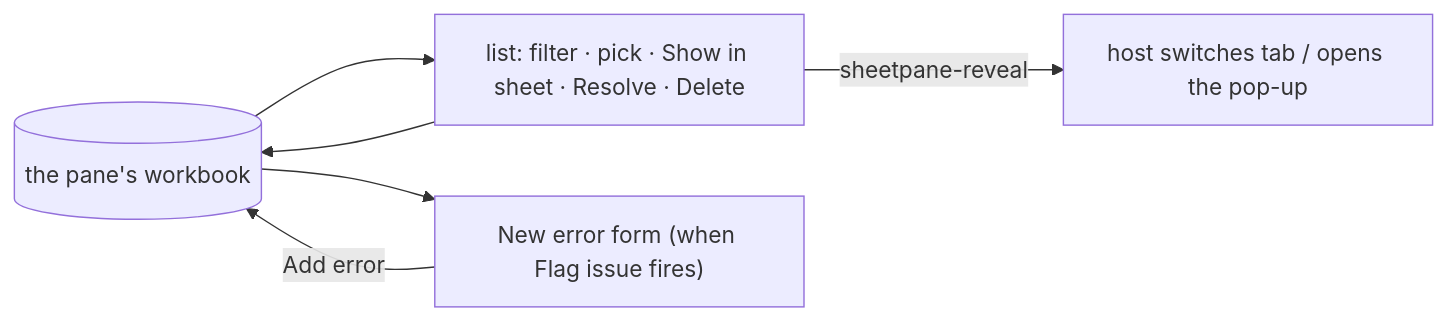
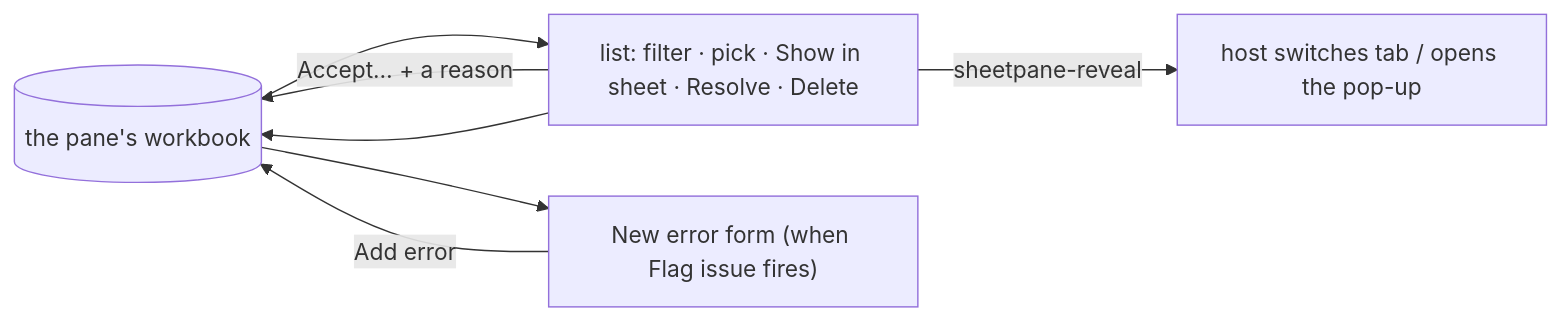
Before and after one commit to arpitarya/sheetpane: the diagram in records/0106_ERRORS.md, drawn with Mermaid. The commit also changed other lines of this file and 34 other files, not shown here.

````diff
--- a/records/0106_ERRORS.md
+++ b/records/0106_ERRORS.md
@@ -30,8 +34,9 @@
 ```mermaid
 flowchart LR
     S[("the pane's workbook")] --> L["list: filter · pick · Show in sheet · Resolve · Delete"]
     S --> F["New error form (when Flag issue fires)"]
+    L -->|"Accept… + a reason"| S
     L --> S
     F -->|Add error| S
     L -->|sheetpane-reveal| H["host switches tab / opens the pop-up"]
 ```
````
